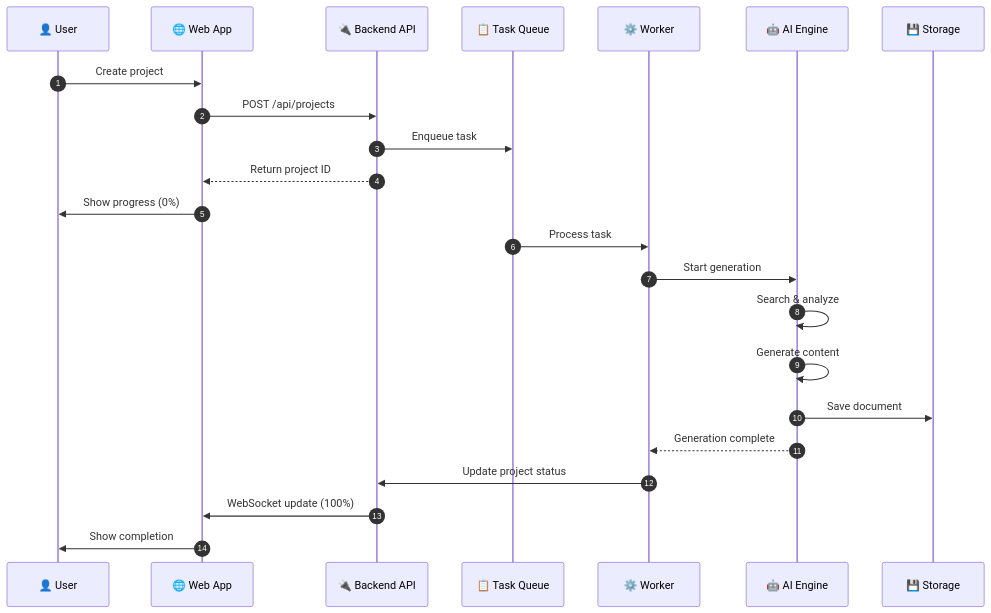
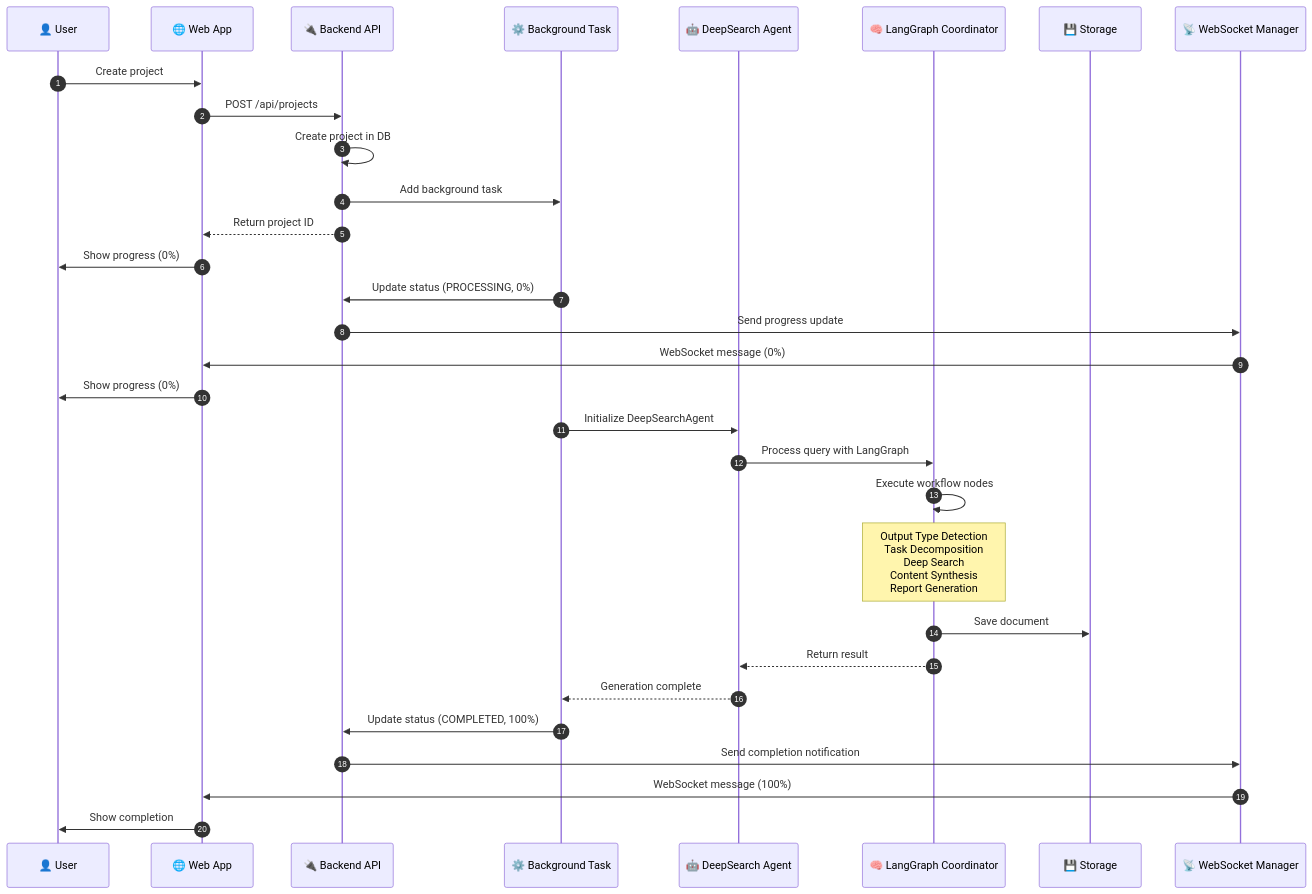
One commit to Abby263/docugen changed the second of 2 diagrams in README.md. Above: the diagram before and after it, drawn with Mermaid. The commit also changed other lines of this file, not shown here.

First line of the commit message:
Add screenshots and enhance workflow diagrams in README.md

````diff
--- a/README.md
+++ b/README.md
@@ -178,27 +204,39 @@
 ```mermaid
 sequenceDiagram
     autonumber
     participant User as 👤 User
     participant Web as 🌐 Web App
     participant API as 🔌 Backend API
-    participant Queue as 📋 Task Queue
-    participant Worker as ⚙️ Worker
-    participant Engine as 🤖 AI Engine
+    participant BackgroundTask as ⚙️ Background Task
+    participant Agent as 🤖 DeepSearch Agent
+    participant Coordinator as 🧠 LangGraph Coordinator
     participant Storage as 💾 Storage
+    participant WebSocket as 📡 WebSocket Manager
 
     User->>Web: Create project
     Web->>API: POST /api/projects
-    API->>Queue: Enqueue task
+    API->>API: Create project in DB
+    API->>BackgroundTask: Add background task
     API-->>Web: Return project ID
     Web->>User: Show progress (0%)
 
-    Queue->>Worker: Process task
-    Worker->>Engine: Start generation
-    Engine->>Engine: Search & analyze
-    Engine->>Engine: Generate content
-    Engine->>Storage: Save document
-    Engine-->>Worker: Generation complete
-    Worker->>API: Update project status
-    API->>Web: WebSocket update (100%)
+    BackgroundTask->>API: Update status (PROCESSING, 0%)
+    API->>WebSocket: Send progress update
+    WebSocket->>Web: WebSocket message (0%)
+    Web->>User: Show progress (0%)
+
+    BackgroundTask->>Agent: Initialize DeepSearchAgent
+    Agent->>Coordinator: Process query with LangGraph
+    Coordinator->>Coordinator: Execute workflow nodes
+    
+    Note over Coordinator: Output Type Detection<br/>Task Decomposition<br/>Deep Search<br/>Content Synthesis<br/>Report Generation
+    
+    Coordinator->>Storage: Save document
+    Coordinator-->>Agent: Return result
+    Agent-->>BackgroundTask: Generation complete
+    
+    BackgroundTask->>API: Update status (COMPLETED, 100%)
+    API->>WebSocket: Send completion notification
+    WebSocket->>Web: WebSocket message (100%)
     Web->>User: Show completion
 ```
````
